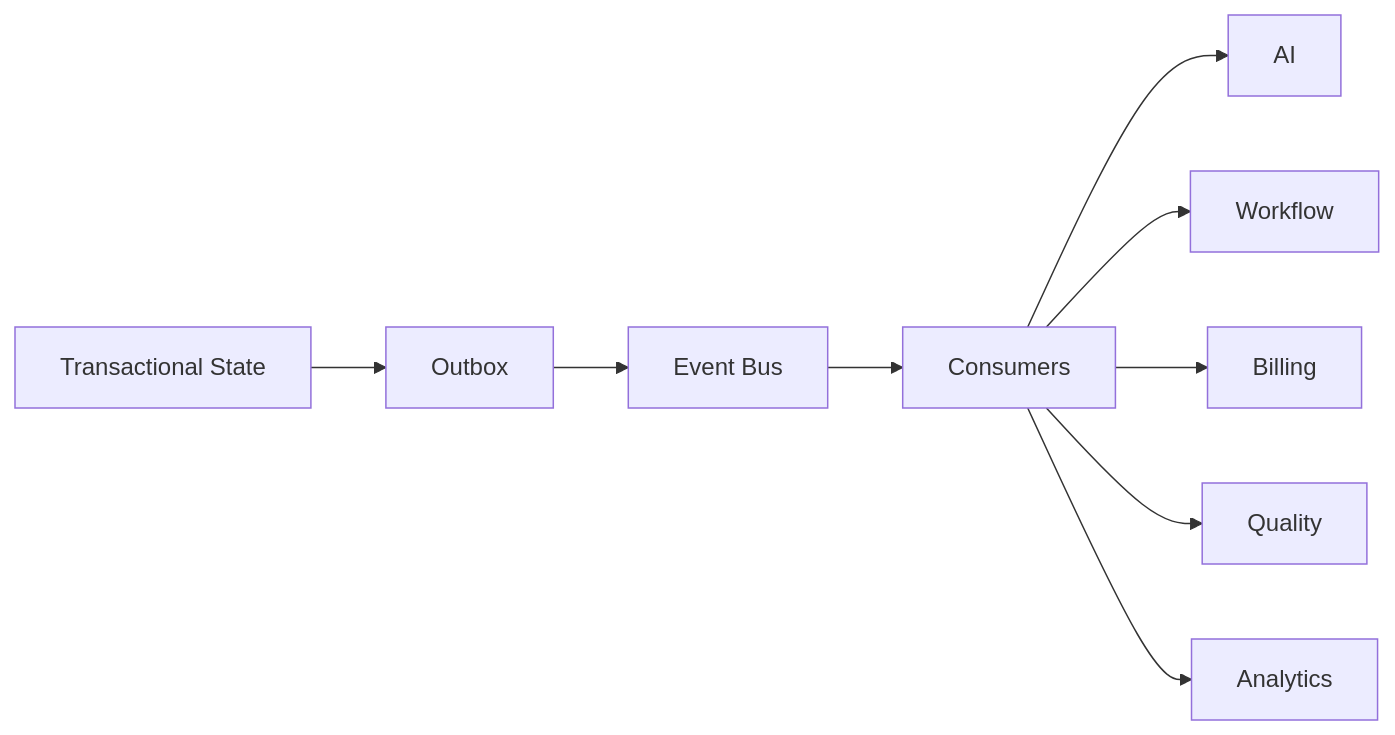
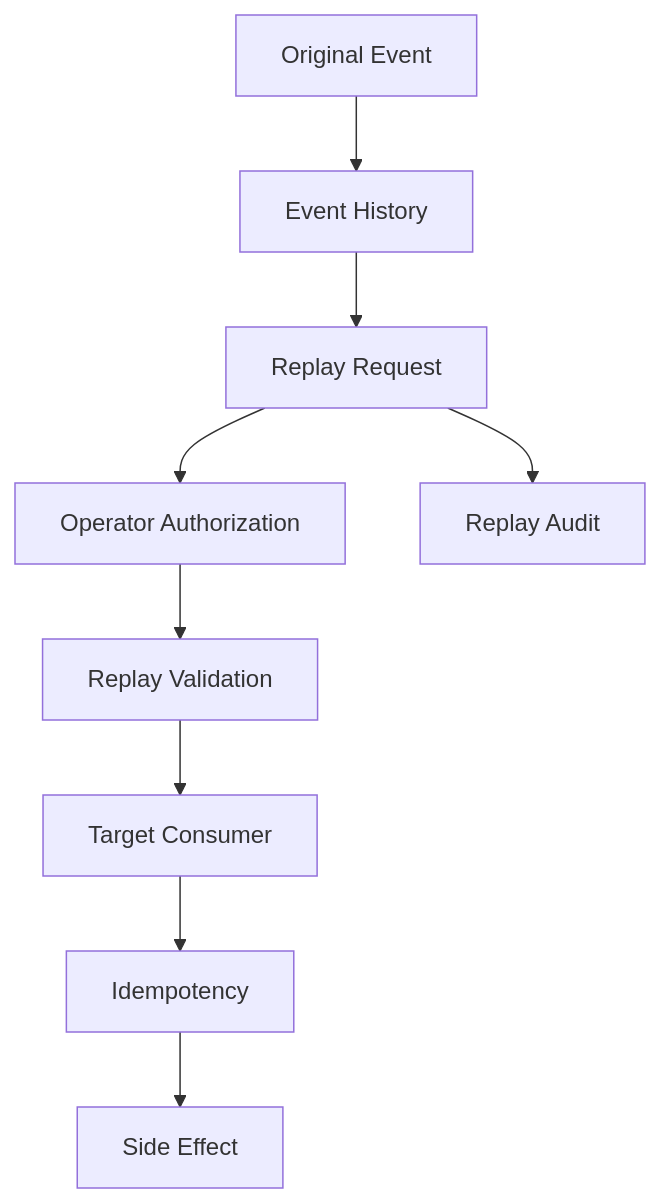
The second of 2 diagrams in docs/events/event-catalog.md (D-engahmed/OMILINKS), drawn with Mermaid before and after one commit. The commit also changed other lines of this file and 2 other files, not shown here.

Commit message:
docs: deepen event contracts retry policy and schemas

````diff
--- a/docs/events/event-catalog.md
+++ b/docs/events/event-catalog.md
@@ -52,11 +170,11 @@
-```mermaid
-flowchart LR
-STATE[Transactional State] --> OUTBOX[Outbox]
-OUTBOX --> BUS[Event Bus]
-BUS --> ROUTE[Consumers]
-ROUTE --> AI[AI]
-ROUTE --> WF[Workflow]
-ROUTE --> BILL[Billing]
-ROUTE --> QA[Quality]
-ROUTE --> ANALYTICS[Analytics]
-```
+~~~mermaid
+flowchart TD
+EVENT[Original Event] --> STORE[Event History]
+STORE --> REQUEST[Replay Request]
+REQUEST --> AUTH[Operator Authorization]
+AUTH --> VALIDATE[Replay Validation]
+VALIDATE --> CONSUMER[Target Consumer]
+CONSUMER --> IDEM[Idempotency]
+IDEM --> EFFECT[Side Effect]
+REQUEST --> AUDIT[Replay Audit]
+~~~
````
